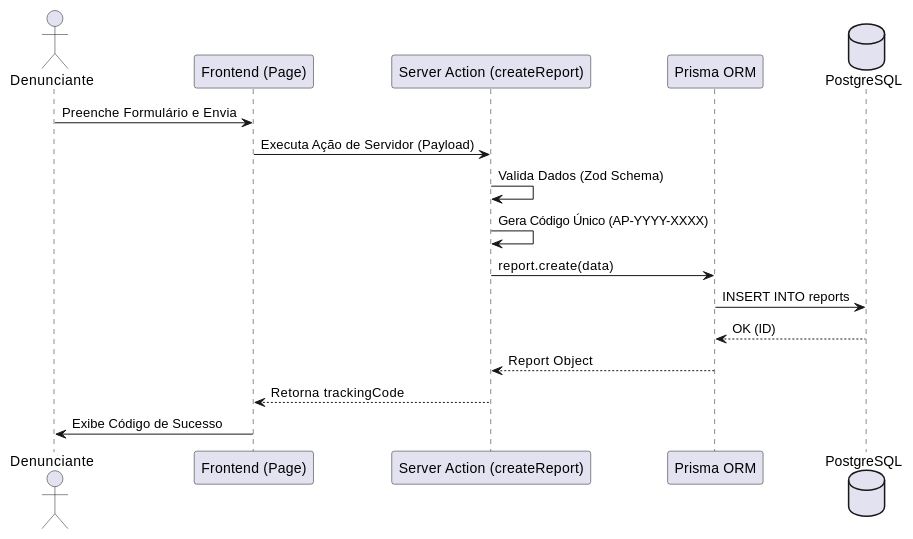
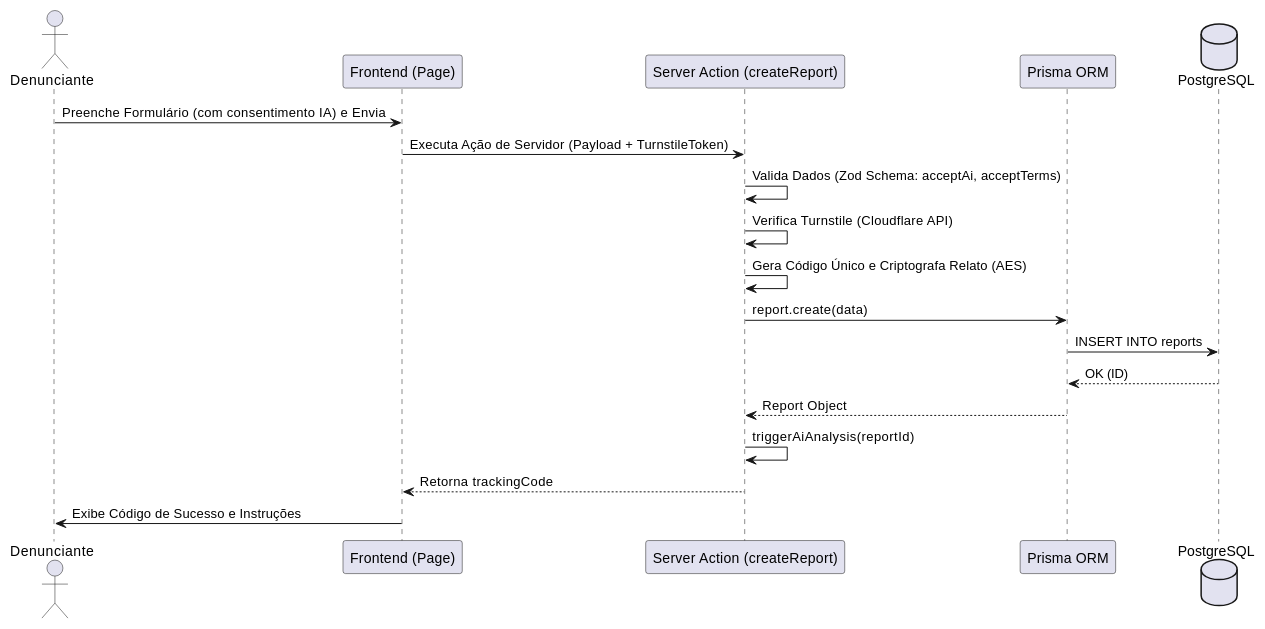
One commit to Allysonfreitas210695/AnonProtect changed the first of 2 diagrams in docs/11-diagrama-de-sequencia.md. Above: the diagram before and after it, drawn with PlantUML. The commit also changed 11 other files, not shown here.

````diff
--- a/docs/11-diagrama-de-sequencia.md
+++ b/docs/11-diagrama-de-sequencia.md
@@ -7,20 +7,22 @@
 ```plantuml
 @startuml
 actor Denunciante
 participant "Frontend (Page)" as UI
 participant "Server Action (createReport)" as Action
 participant "Prisma ORM" as Prisma
 database "PostgreSQL" as DB
 
-Denunciante -> UI: Preenche Formulário e Envia
-UI -> Action: Executa Ação de Servidor (Payload)
-Action -> Action: Valida Dados (Zod Schema)
-Action -> Action: Gera Código Único (AP-YYYY-XXXX)
+Denunciante -> UI: Preenche Formulário (com consentimento IA) e Envia
+UI -> Action: Executa Ação de Servidor (Payload + TurnstileToken)
+Action -> Action: Valida Dados (Zod Schema: acceptAi, acceptTerms)
+Action -> Action: Verifica Turnstile (Cloudflare API)
+Action -> Action: Gera Código Único e Criptografa Relato (AES)
 Action -> Prisma: report.create(data)
 Prisma -> DB: INSERT INTO reports
 DB --> Prisma: OK (ID)
 Prisma --> Action: Report Object
+Action -> Action: triggerAiAnalysis(reportId)
 Action --> UI: Retorna trackingCode
-UI -> Denunciante: Exibe Código de Sucesso
+UI -> Denunciante: Exibe Código de Sucesso e Instruções
 @enduml
 ```
````
